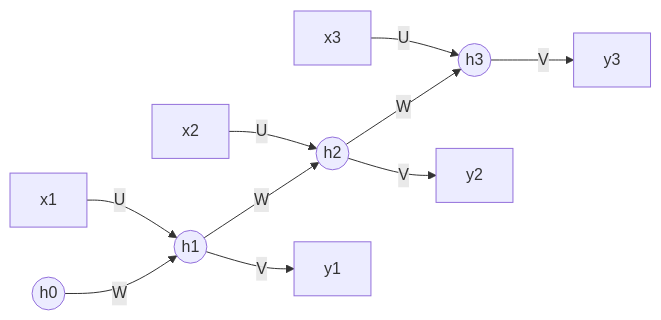
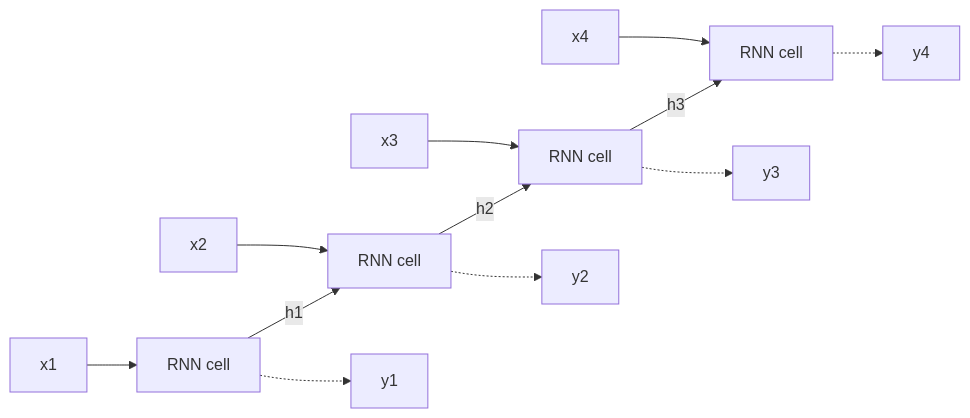
The diagram in content/deep-learning/pyq/2023-12/q4a.mdx (TrendySloth1001/sem-seven-notes), drawn with Mermaid before and after one commit. The commit also changed other lines of this file and 186 other files, not shown here.

````diff
--- a/content/deep-learning/pyq/2023-12/q4a.mdx
+++ b/content/deep-learning/pyq/2023-12/q4a.mdx
@@ -32,13 +13,15 @@
 ```mermaid
-%% caption: An RNN unfolded over three steps. Every copy uses the same U, W and V; the W arrows carry the memory forward.
+%% caption: Architecture of an RNN unfolded in time. Each cell takes the current input and the previous hidden state, and gives a new hidden state and an output.
 flowchart LR
-  H0(("h0")) -- "W" --> H1(("h1"))
-  H1 -- "W" --> H2(("h2"))
-  H2 -- "W" --> H3(("h3"))
-  X1["x1"] -- "U" --> H1
-  X2["x2"] -- "U" --> H2
-  X3["x3"] -- "U" --> H3
-  H1 -- "V" --> Y1["y1"]
-  H2 -- "V" --> Y2["y2"]
-  H3 -- "V" --> Y3["y3"]
+  X1["x1"] --> C1["RNN cell"]
+  C1 -->|"h1"| C2["RNN cell"]
+  X2["x2"] --> C2
+  C2 -->|"h2"| C3["RNN cell"]
+  X3["x3"] --> C3
+  C3 -->|"h3"| C4["RNN cell"]
+  X4["x4"] --> C4
+  C1 -.-> Y1["y1"]
+  C2 -.-> Y2["y2"]
+  C3 -.-> Y3["y3"]
+  C4 -.-> Y4["y4"]
 ```
````
